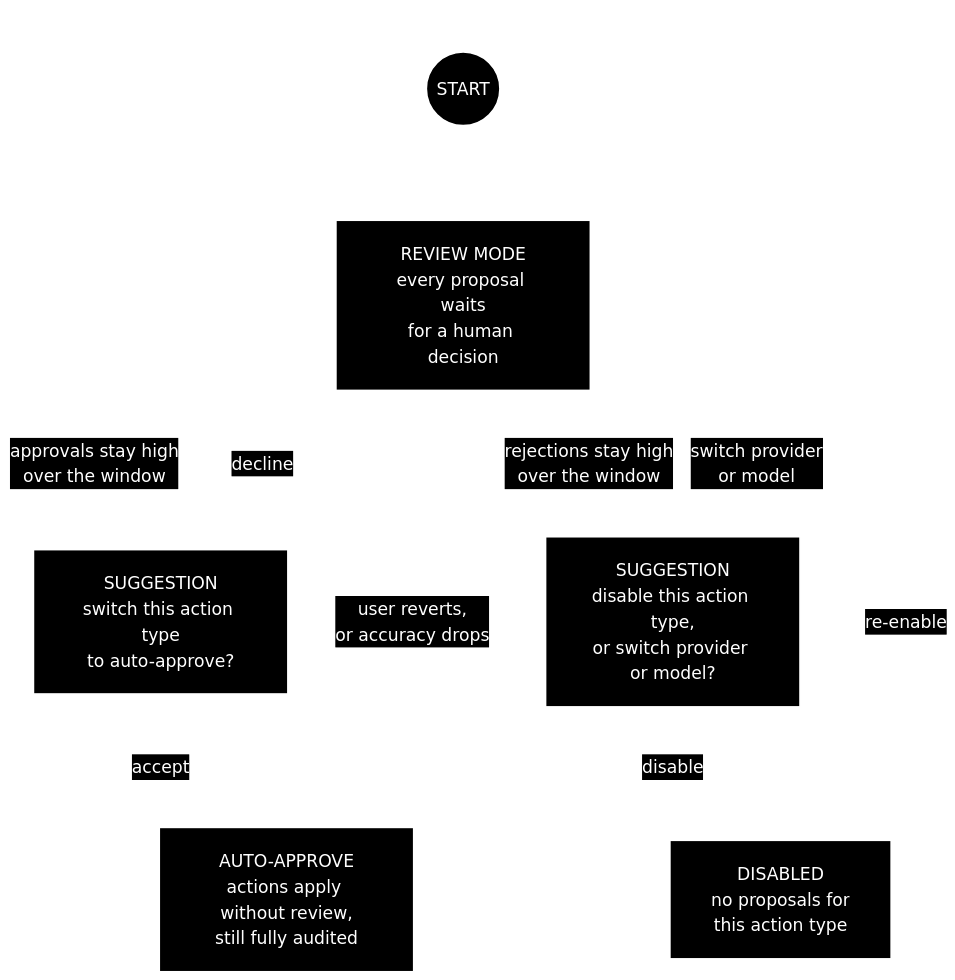
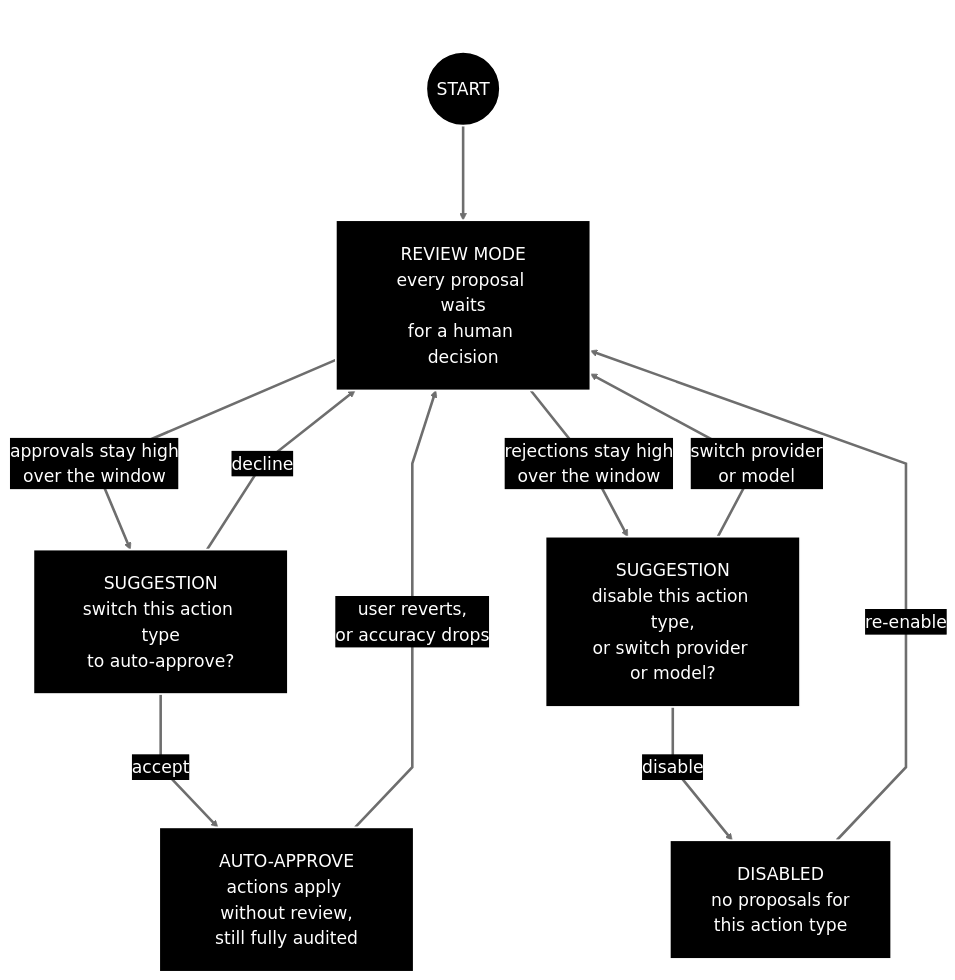
Before and after one commit to JamesTwisleton/capture-knowledge-action: the third of 4 diagrams in README.md, drawn with Mermaid. The commit also changed other lines of this file and 4 other files, not shown here.

Commit message:
fixing diagrams

````diff
--- a/README.md
+++ b/README.md
@@ -188,19 +188,19 @@
 ```mermaid
 ---
 title: J5 trust ramp, tracked per action type
 ---
-%%{init: {"theme":"base","themeVariables":{"background":"#000000","fontSize":"20px","fontFamily":"Helvetica, Arial, sans-serif","primaryColor":"#000000","primaryTextColor":"#ffffff","primaryBorderColor":"#ffffff","secondaryColor":"#000000","secondaryTextColor":"#ffffff","secondaryBorderColor":"#ffffff","tertiaryColor":"#000000","tertiaryTextColor":"#ffffff","tertiaryBorderColor":"#ffffff","lineColor":"#ffffff","textColor":"#ffffff","mainBkg":"#000000","nodeBorder":"#ffffff","nodeTextColor":"#ffffff","clusterBkg":"#000000","clusterBorder":"#ffffff","titleColor":"#ffffff","edgeLabelBackground":"#000000"},"flowchart":{"nodeSpacing":90,"rankSpacing":110,"padding":24,"curve":"linear"}}}%%
+%%{init: {"theme":"base","themeVariables":{"background":"#000000","fontSize":"20px","primaryColor":"#000000","primaryTextColor":"#ffffff","primaryBorderColor":"#ffffff","secondaryColor":"#000000","secondaryTextColor":"#ffffff","secondaryBorderColor":"#ffffff","tertiaryColor":"#000000","tertiaryTextColor":"#ffffff","tertiaryBorderColor":"#ffffff","lineColor":"#6e6e6e","textColor":"#ffffff","mainBkg":"#000000","nodeBorder":"#ffffff","nodeTextColor":"#ffffff","clusterBkg":"#000000","clusterBorder":"#ffffff","titleColor":"#6e6e6e","edgeLabelBackground":"#000000"},"flowchart":{"nodeSpacing":90,"rankSpacing":110,"padding":24,"curve":"linear"},"themeCSS":"svg{background:#000000 !important;}"}}%%
 flowchart TB
   START(("START")) ==> REVIEW
   REVIEW["REVIEW MODE<br/>every proposal waits<br/>for a human decision"]
   REVIEW ==>|"approvals stay high<br/>over the window"| ON["SUGGESTION<br/>switch this action type<br/>to auto-approve?"]
   REVIEW ==>|"rejections stay high<br/>over the window"| OFFQ["SUGGESTION<br/>disable this action type,<br/>or switch provider or model?"]
   ON ==>|"accept"| AUTO["AUTO-APPROVE<br/>actions apply without review,<br/>still fully audited"]
   ON ==>|"decline"| REVIEW
   AUTO ==>|"user reverts,<br/>or accuracy drops"| REVIEW
   OFFQ ==>|"disable"| OFF["DISABLED<br/>no proposals for<br/>this action type"]
   OFFQ ==>|"switch provider<br/>or model"| REVIEW
   OFF ==>|"re-enable"| REVIEW
   classDef default fill:#000000,stroke:#ffffff,stroke-width:2px,color:#ffffff
-  linkStyle default stroke:#ffffff,stroke-width:3px
+  linkStyle default stroke:#6e6e6e,stroke-width:3px
 ```
````
